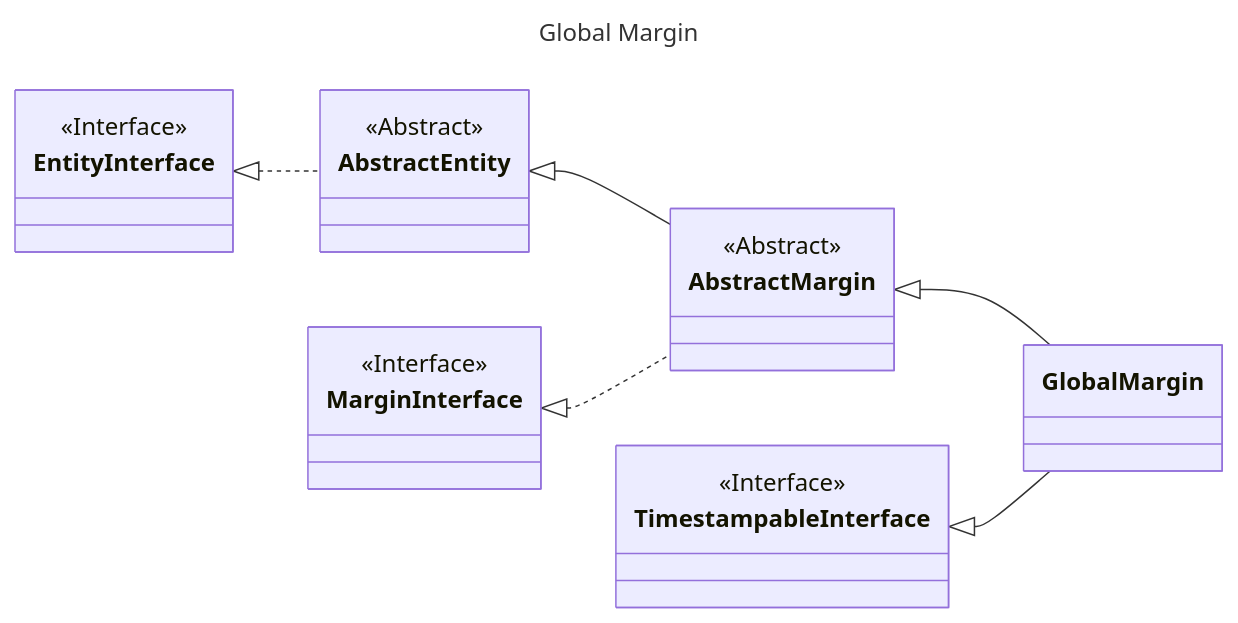
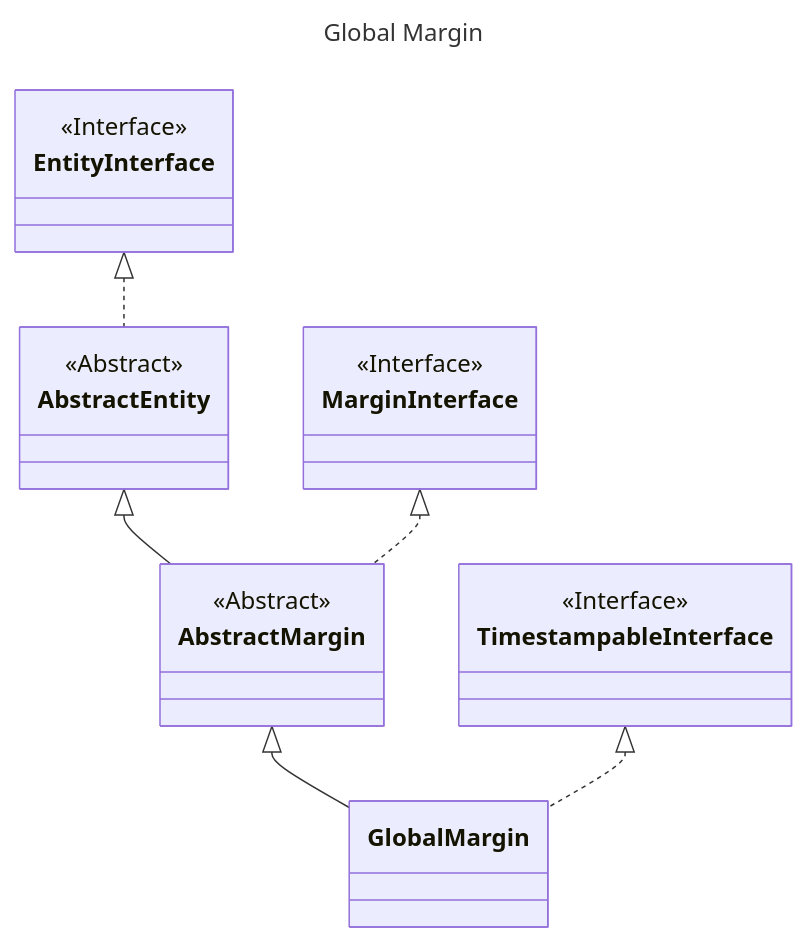
One commit to laurentmuller/calculation changed the diagram in resources/diagrams/global_margin.mmd. Above: the diagram before and after it, drawn with Mermaid. The commit also changed 22 other files, not shown here.

```diff
--- a/resources/diagrams/global_margin.mmd
+++ b/resources/diagrams/global_margin.mmd
@@ -1,45 +1,45 @@
 ---
 title: Global Margin
 ---
 classDiagram
-    direction LR
+    direction TB
 
     class GlobalMargin {
     }
 
     class AbstractMargin {
         <<Abstract>>
     }
 
     class AbstractEntity {
         <<Abstract>>
     }
 
     class MarginInterface {
         <<Interface>>
     }
 
     class TimestampableInterface {
         <<Interface>>
     }
 
     class AbstractEntity {
         <<Abstract>>
     }
 
     class EntityInterface {
         <<Interface>>
     }
 
     EntityInterface <|.. AbstractEntity
     AbstractEntity <|-- AbstractMargin
     AbstractMargin <|-- GlobalMargin
     MarginInterface <|.. AbstractMargin
-    TimestampableInterface <|-- GlobalMargin
+    TimestampableInterface <|.. GlobalMargin
 
     click EntityInterface call nodeCallback()
     click AbstractEntity call nodeCallback()
     click AbstractMargin call nodeCallback()
     click AbstractEntity call nodeCallback()
     click MarginInterface call nodeCallback()
     click TimestampableInterface call nodeCallback()
```
